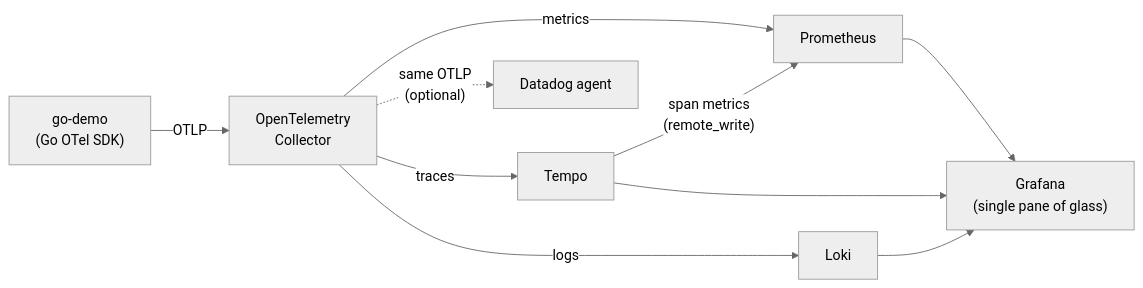
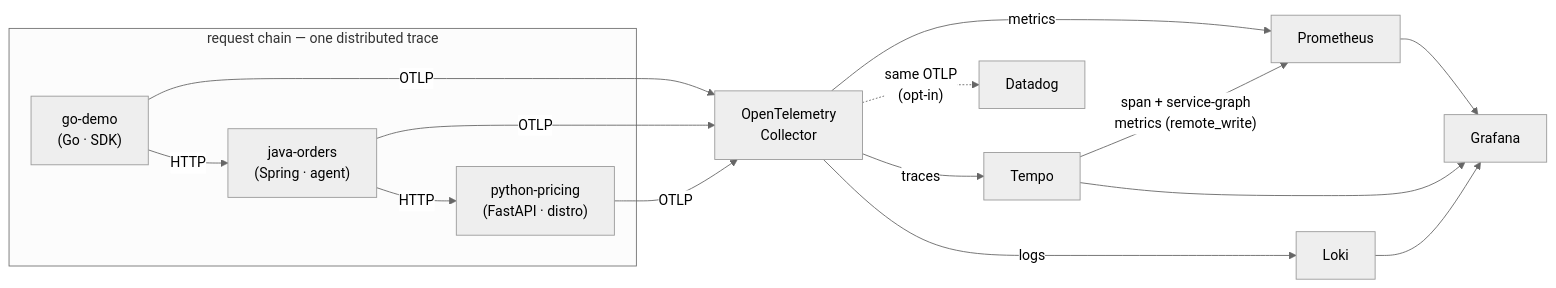
One commit to italo-gouveia/observability-lab changed the diagram in README.md. Above: the diagram before and after it, drawn with Mermaid (neutral theme). The commit also changed other lines of this file and 12 other files, not shown here.

First line of the commit message:
feat(polyglot): N0.5 — distributed trace across Go, Java and Python

````diff
--- a/README.md
+++ b/README.md
@@ -23,12 +24,18 @@
 ```mermaid
 flowchart LR
-    app["go-demo<br/>(Go OTel SDK)"] -- OTLP --> otc["OpenTelemetry<br/>Collector"]
+    subgraph chain["request chain — one distributed trace"]
+      go["go-demo<br/>(Go · SDK)"] -- HTTP --> java["java-orders<br/>(Spring · agent)"]
+      java -- HTTP --> py["python-pricing<br/>(FastAPI · distro)"]
+    end
+    go -- OTLP --> otc["OpenTelemetry<br/>Collector"]
+    java -- OTLP --> otc
+    py -- OTLP --> otc
     otc -- metrics --> prom["Prometheus"]
     otc -- traces --> tempo["Tempo"]
     otc -- logs --> loki["Loki"]
-    otc -. "same OTLP<br/>(optional)" .-> dd["Datadog agent"]
-    tempo -- "span metrics<br/>(remote_write)" --> prom
-    prom --> graf["Grafana<br/>(single pane of glass)"]
+    otc -. "same OTLP<br/>(opt-in)" .-> dd["Datadog"]
+    tempo -- "span + service-graph<br/>metrics (remote_write)" --> prom
+    prom --> graf["Grafana"]
     tempo --> graf
     loki --> graf
 ```
````
